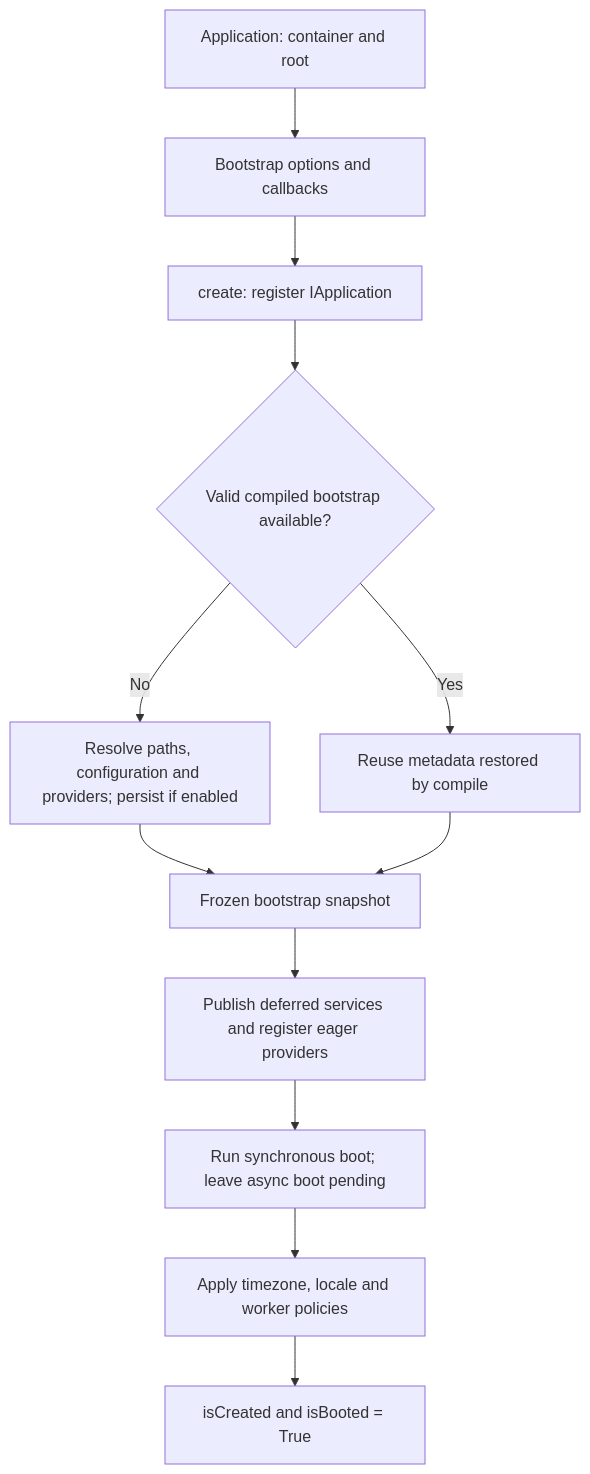
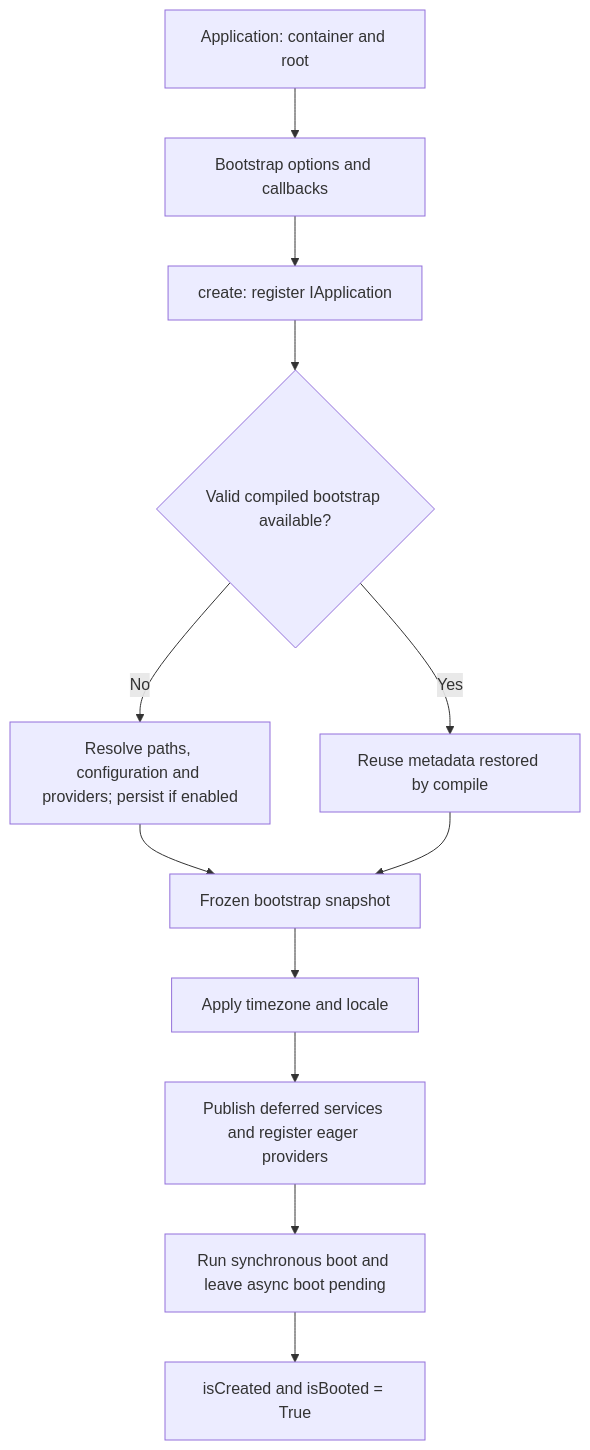
Before and after one commit to orionis-framework/docs: the first of 3 diagrams in src/content/docs/en/application/lifecycle.md, drawn with Mermaid. The commit also changed 163 other files, not shown here.

````diff
--- a/src/content/docs/en/application/lifecycle.md
+++ b/src/content/docs/en/application/lifecycle.md
@@ -20,14 +20,14 @@
 ```mermaid
 flowchart TD
     A["Application: container and root"] --> B["Bootstrap options and callbacks"]
     B --> C["create: register IApplication"]
     C --> D{"Valid compiled bootstrap available?"}
     D -- "No" --> E["Resolve paths, configuration and providers; persist if enabled"]
     D -- "Yes" --> F["Reuse metadata restored by compile"]
     E --> G["Frozen bootstrap snapshot"]
     F --> G
-    G --> H["Publish deferred services and register eager providers"]
-    H --> I["Run synchronous boot; leave async boot pending"]
-    I --> J["Apply timezone, locale and worker policies"]
+    G --> H["Apply timezone and locale"]
+    H --> I["Publish deferred services and register eager providers"]
+    I --> J["Run synchronous boot and leave async boot pending"]
     J --> K["isCreated and isBooted = True"]
 ```
````
